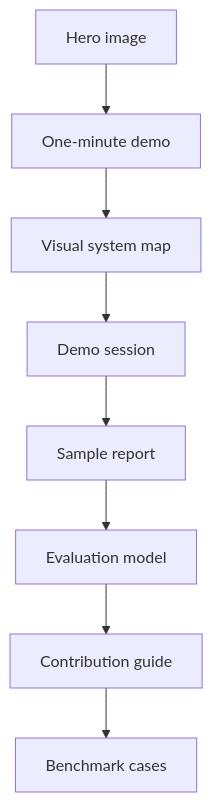
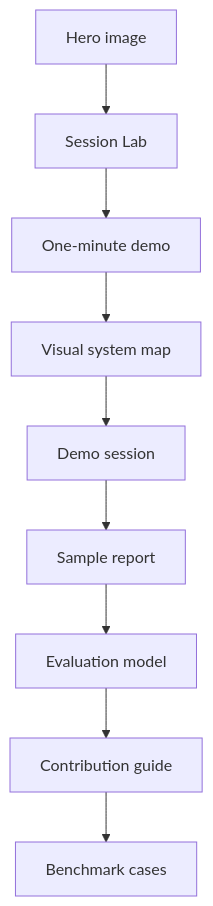
Before and after one commit to Zaoqu-Liu/mbti-typing-skill: the diagram in docs/visual-tour.md, drawn with Mermaid. The commit also changed other lines of this file and 10 other files, not shown here.

Commit message:
Add local-first session lab

````diff
--- a/docs/visual-tour.md
+++ b/docs/visual-tour.md
@@ -43,10 +54,11 @@
 ```mermaid
 flowchart TD
-    A[Hero image] --> B[One-minute demo]
-    B --> C[Visual system map]
-    C --> D[Demo session]
-    D --> E[Sample report]
-    E --> F[Evaluation model]
-    F --> G[Contribution guide]
-    G --> H[Benchmark cases]
+    A[Hero image] --> B[Session Lab]
+    B --> C[One-minute demo]
+    C --> D[Visual system map]
+    D --> E[Demo session]
+    E --> F[Sample report]
+    F --> G[Evaluation model]
+    G --> H[Contribution guide]
+    H --> I[Benchmark cases]
 ```
````
